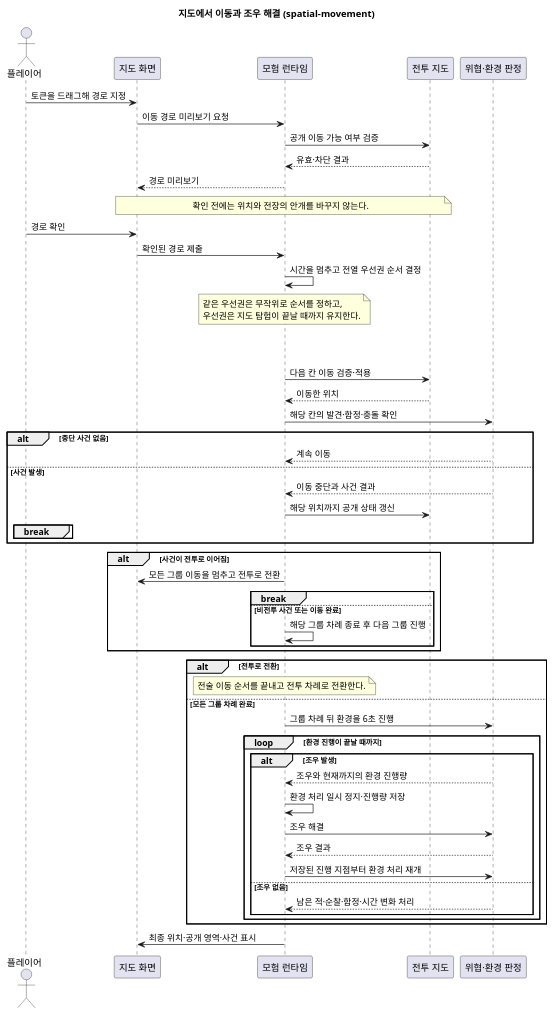
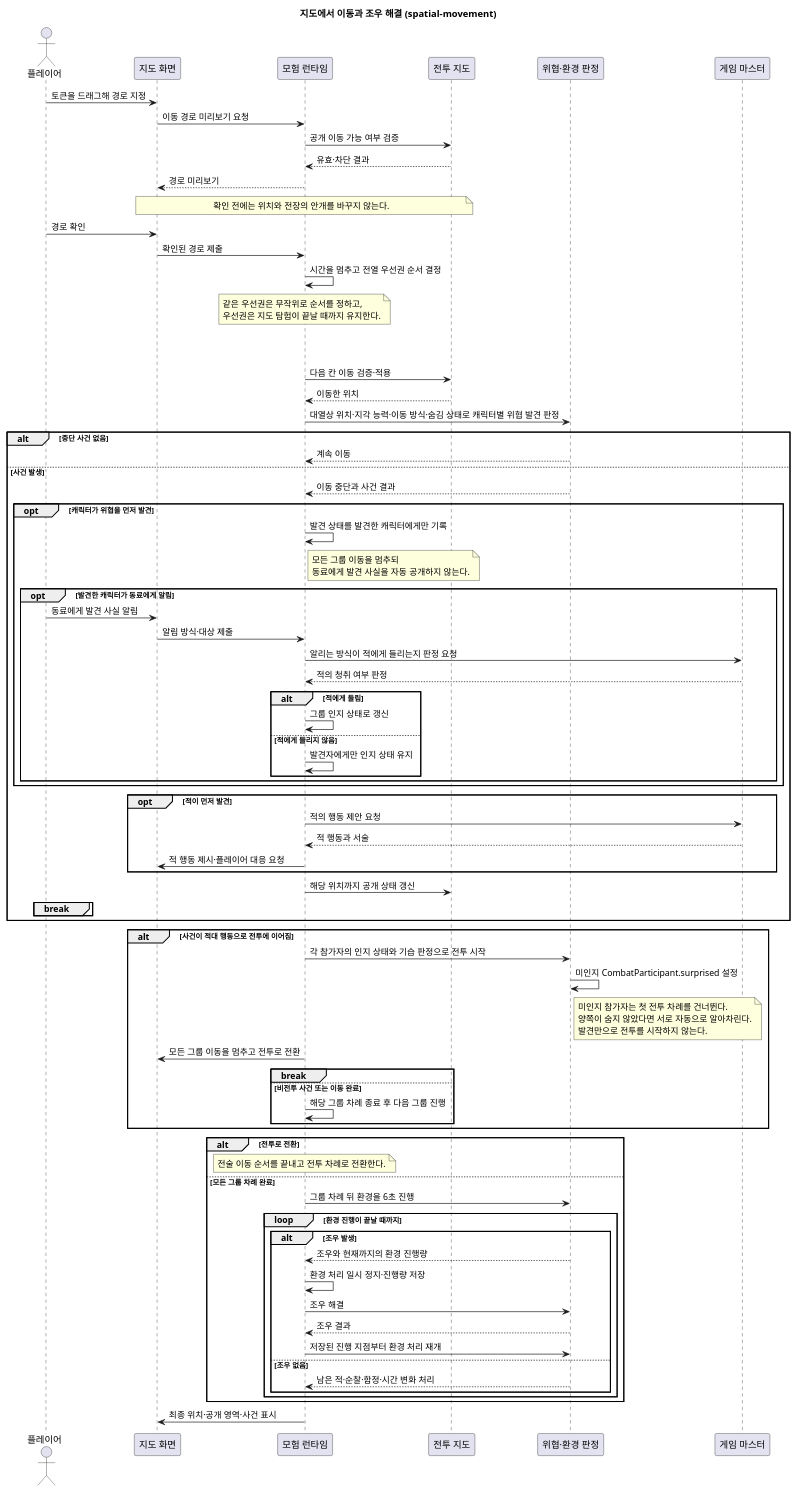
One commit to omegafrog/dnd-master changed the diagram in docs/contracts/diagrams/spatial-movement.sequence.puml. Above: the diagram before and after it, drawn with PlantUML. The commit also changed 27 other files, not shown here.

```diff
--- a/docs/contracts/diagrams/spatial-movement.sequence.puml
+++ b/docs/contracts/diagrams/spatial-movement.sequence.puml
@@ -1,58 +1,89 @@
 @startuml
  title 지도에서 이동과 조우 해결 (spatial-movement)
  actor "플레이어" as Player
  participant "지도 화면" as UI
  participant "모험 런타임" as Runtime
  participant "전투 지도" as Map
  participant "위협·환경 판정" as Encounter
+ participant "게임 마스터" as GM
  Player -> UI : 토큰을 드래그해 경로 지정
  UI -> Runtime : 이동 경로 미리보기 요청
  Runtime -> Map : 공개 이동 가능 여부 검증
  Map --> Runtime : 유효·차단 결과
  Runtime --> UI : 경로 미리보기
  note over UI,Map : 확인 전에는 위치와 전장의 안개를 바꾸지 않는다.
  Player -> UI : 경로 확인
  UI -> Runtime : 확인된 경로 제출
  Runtime -> Runtime : 시간을 멈추고 전열 우선권 순서 결정
  note over Runtime
    같은 우선권은 무작위로 순서를 정하고,
    우선권은 지도 탐험이 끝날 때까지 유지한다.
  end note
  loop 그룹별 이동 차례
    loop 해당 그룹의 경로 칸
      Runtime -> Map : 다음 칸 이동 검증·적용
      Map --> Runtime : 이동한 위치
-     Runtime -> Encounter : 해당 칸의 발견·함정·충돌 확인
+     Runtime -> Encounter : 대열상 위치·지각 능력·이동 방식·숨김 상태로 캐릭터별 위협 발견 판정
      alt 중단 사건 없음
        Encounter --> Runtime : 계속 이동
      else 사건 발생
        Encounter --> Runtime : 이동 중단과 사건 결과
+       opt 캐릭터가 위협을 먼저 발견
+         Runtime -> Runtime : 발견 상태를 발견한 캐릭터에게만 기록
+         note right of Runtime
+           모든 그룹 이동을 멈추되
+           동료에게 발견 사실을 자동 공개하지 않는다.
+         end note
+         opt 발견한 캐릭터가 동료에게 알림
+           Player -> UI : 동료에게 발견 사실 알림
+           UI -> Runtime : 알림 방식·대상 제출
+           Runtime -> GM : 알리는 방식이 적에게 들리는지 판정 요청
+           GM --> Runtime : 적의 청취 여부 판정
+           alt 적에게 들림
+             Runtime -> Runtime : 그룹 인지 상태로 갱신
+           else 적에게 들리지 않음
+             Runtime -> Runtime : 발견자에게만 인지 상태 유지
+           end
+         end
+       end
+       opt 적이 먼저 발견
+         Runtime -> GM : 적의 행동 제안 요청
+         GM --> Runtime : 적 행동과 서술
+         Runtime -> UI : 적 행동 제시·플레이어 대응 요청
+       end
        Runtime -> Map : 해당 위치까지 공개 상태 갱신
        break
      end
    end
-   alt 사건이 전투로 이어짐
+   alt 사건이 적대 행동으로 전투에 이어짐
+     Runtime -> Encounter : 각 참가자의 인지 상태와 기습 판정으로 전투 시작
+     Encounter -> Encounter : 미인지 CombatParticipant.surprised 설정
+     note right of Encounter
+       미인지 참가자는 첫 전투 차례를 건너뛴다.
+       양쪽이 숨지 않았다면 서로 자동으로 알아차린다.
+       발견만으로 전투를 시작하지 않는다.
+     end note
      Runtime -> UI : 모든 그룹 이동을 멈추고 전투로 전환
      break
    else 비전투 사건 또는 이동 완료
      Runtime -> Runtime : 해당 그룹 차례 종료 후 다음 그룹 진행
    end
  end
  alt 전투로 전환
    note over Runtime : 전술 이동 순서를 끝내고 전투 차례로 전환한다.
  else 모든 그룹 차례 완료
    Runtime -> Encounter : 그룹 차례 뒤 환경을 6초 진행
    loop 환경 진행이 끝날 때까지
      alt 조우 발생
        Encounter --> Runtime : 조우와 현재까지의 환경 진행량
        Runtime -> Runtime : 환경 처리 일시 정지·진행량 저장
        Runtime -> Encounter : 조우 해결
        Encounter --> Runtime : 조우 결과
        Runtime -> Encounter : 저장된 진행 지점부터 환경 처리 재개
      else 조우 없음
        Encounter --> Runtime : 남은 적·순찰·함정·시간 변화 처리
      end
    end
  end
  Runtime -> UI : 최종 위치·공개 영역·사건 표시
 @enduml
```
